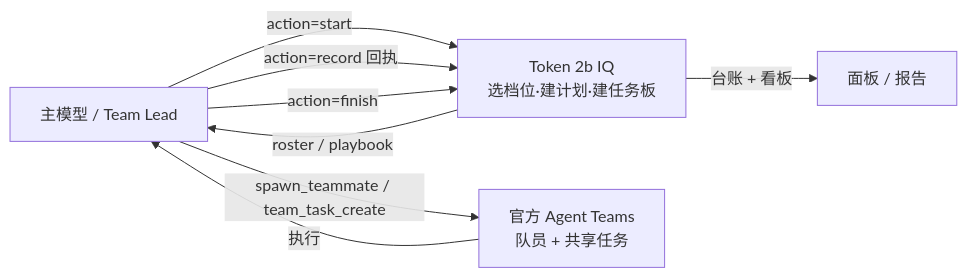
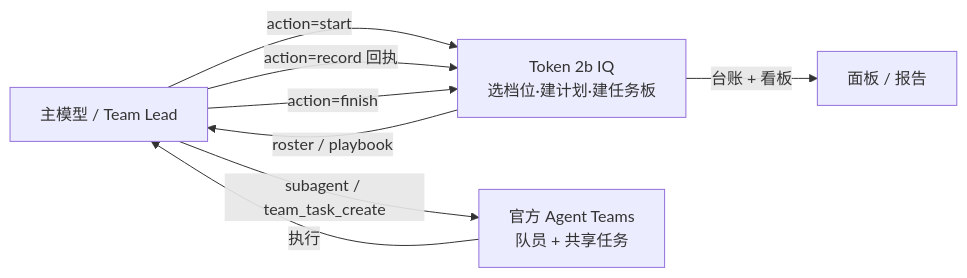
The diagram in README.md (SSRYLJRSS/dsh-token2biq), drawn with Mermaid before and after one commit. The commit also changed other lines of this file and 14 other files, not shown here.

First line of the commit message:
feat(0.5.0): 适配 DSH 0.2.2-rc.3 官方 Agent Teams + 细节打磨

````diff
--- a/README.md
+++ b/README.md
@@ -51,10 +51,10 @@
 ```mermaid
 flowchart LR
   M[主模型 / Team Lead] -->|action=start| T[Token 2b IQ<br/>选档位·建计划·建任务板]
   T -->|roster / playbook| M
-  M -->|spawn_teammate / team_task_create| A[官方 Agent Teams<br/>队员 + 共享任务]
+  M -->|subagent / team_task_create| A[官方 Agent Teams<br/>队员 + 共享任务]
   A -->|执行| M
   M -->|action=record 回执| T
   T -->|台账 + 看板| U[面板 / 报告]
   M -->|action=finish| T
 ```
````
